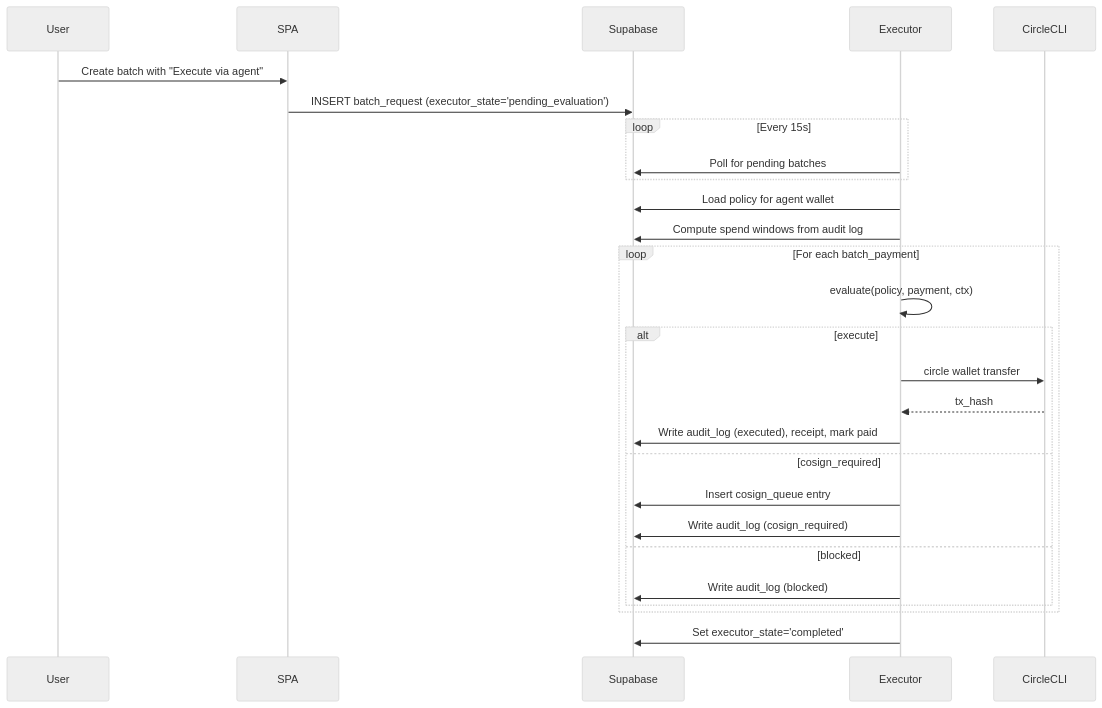
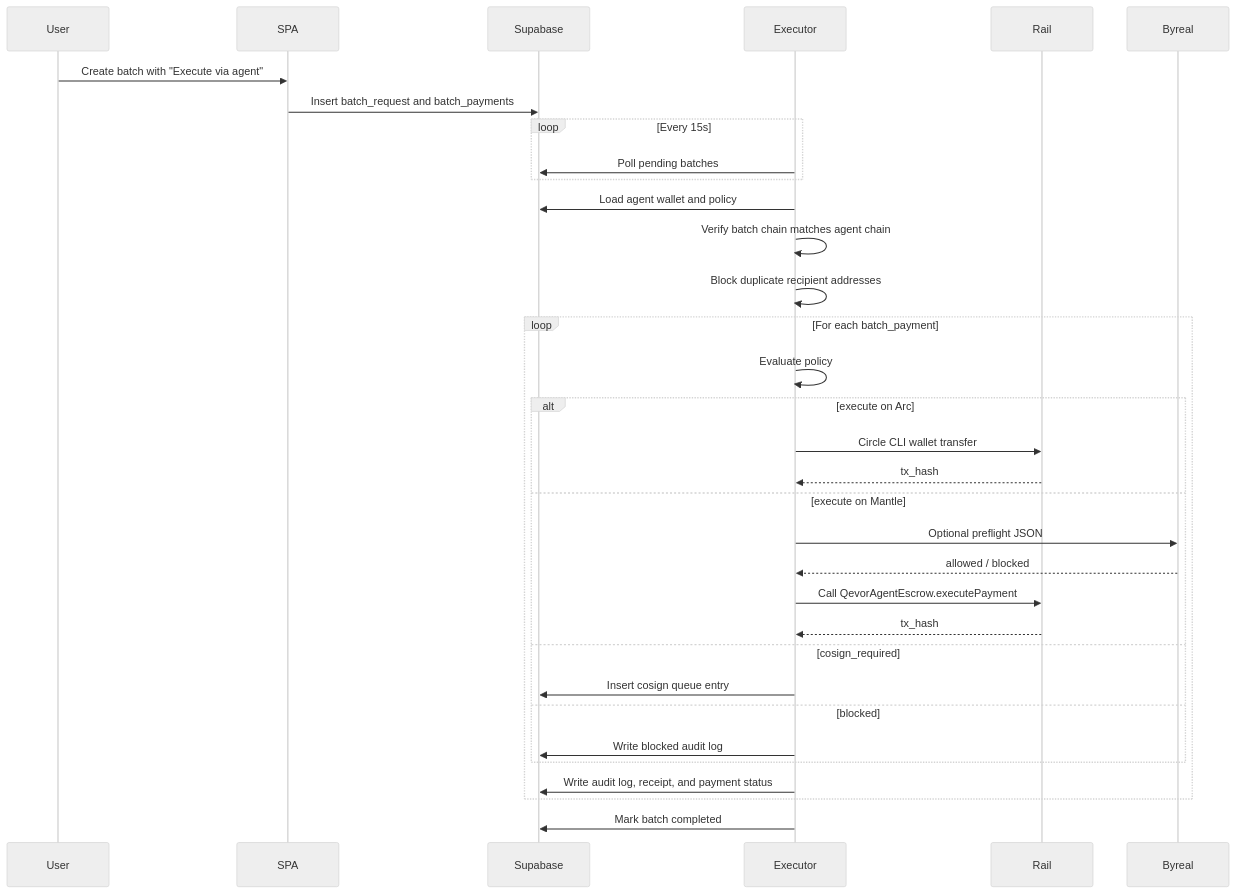
Before and after one commit to Qevor/Qevor: the first of 2 diagrams in docs/agent-stack.md, drawn with Mermaid (neutral theme). The commit also changed other lines of this file and 38 other files, not shown here.

Commit message:
Add Mantle agentic payment stack

````diff
--- a/docs/agent-stack.md
+++ b/docs/agent-stack.md
@@ -12,30 +30,36 @@
 ```mermaid
 sequenceDiagram
     participant User
     participant SPA
     participant Supabase
     participant Executor
-    participant CircleCLI
+    participant Rail
+    participant Byreal
 
     User->>SPA: Create batch with "Execute via agent"
-    SPA->>Supabase: INSERT batch_request (executor_state='pending_evaluation')
+    SPA->>Supabase: Insert batch_request and batch_payments
     loop Every 15s
-        Executor->>Supabase: Poll for pending batches
+        Executor->>Supabase: Poll pending batches
     end
-    Executor->>Supabase: Load policy for agent wallet
-    Executor->>Supabase: Compute spend windows from audit log
+    Executor->>Supabase: Load agent wallet and policy
+    Executor->>Executor: Verify batch chain matches agent chain
+    Executor->>Executor: Block duplicate recipient addresses
     loop For each batch_payment
-        Executor->>Executor: evaluate(policy, payment, ctx)
-        alt execute
-            Executor->>CircleCLI: circle wallet transfer
-            CircleCLI-->>Executor: tx_hash
-            Executor->>Supabase: Write audit_log (executed), receipt, mark paid
+        Executor->>Executor: Evaluate policy
+        alt execute on Arc
+            Executor->>Rail: Circle CLI wallet transfer
+            Rail-->>Executor: tx_hash
+        else execute on Mantle
+            Executor->>Byreal: Optional preflight JSON
+            Byreal-->>Executor: allowed / blocked
+            Executor->>Rail: Call QevorAgentEscrow.executePayment
+            Rail-->>Executor: tx_hash
         else cosign_required
-            Executor->>Supabase: Insert cosign_queue entry
-            Executor->>Supabase: Write audit_log (cosign_required)
+            Executor->>Supabase: Insert cosign queue entry
         else blocked
-            Executor->>Supabase: Write audit_log (blocked)
+            Executor->>Supabase: Write blocked audit log
         end
+        Executor->>Supabase: Write audit log, receipt, and payment status
     end
-    Executor->>Supabase: Set executor_state='completed'
+    Executor->>Supabase: Mark batch completed
 ```
````
